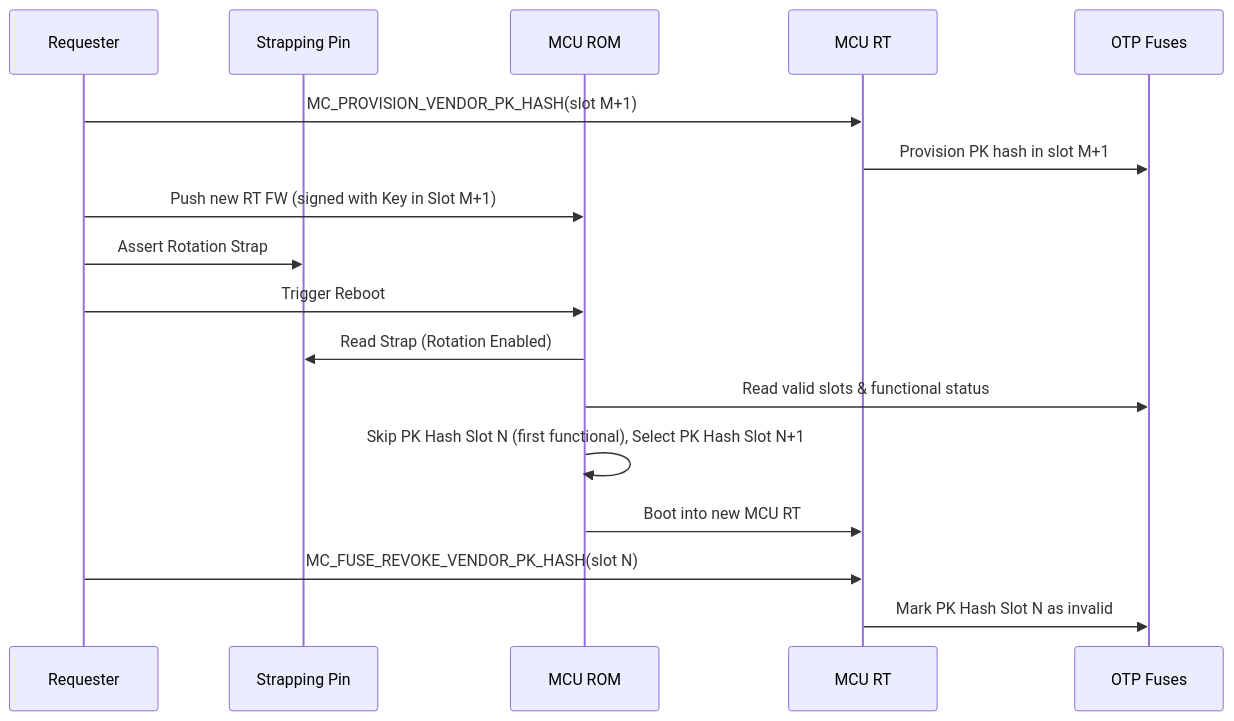
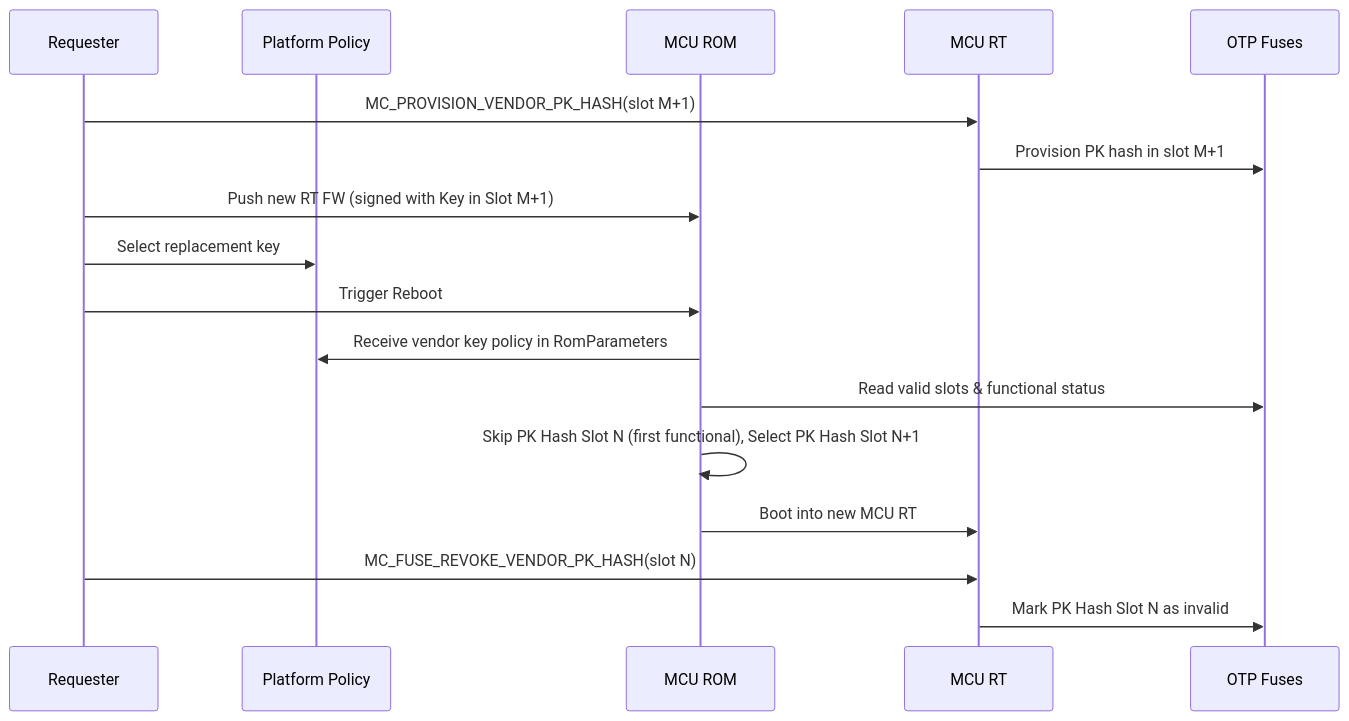
Before and after one commit to chipsalliance/caliptra-mcu-sw: the second of 2 diagrams in docs/src/integrator-guide.md, drawn with Mermaid. The commit also changed other lines of this file and 15 other files, not shown here.

````diff
--- a/docs/src/integrator-guide.md
+++ b/docs/src/integrator-guide.md
@@ -469,20 +467,20 @@
 ```mermaid
 sequenceDiagram
     participant Requester
-    participant Strapping as Strapping Pin
+    participant Platform as Platform Policy
     participant MCU_ROM as MCU ROM
     participant MCU_RT as MCU RT
     participant Fuses as OTP Fuses
 
     Requester->>MCU_RT: MC_PROVISION_VENDOR_PK_HASH(slot M+1)
     MCU_RT->>Fuses: Provision PK hash in slot M+1
     Requester->>MCU_ROM: Push new RT FW (signed with Key in Slot M+1)
-    Requester->>Strapping: Assert Rotation Strap
+    Requester->>Platform: Select replacement key
     Requester->>MCU_ROM: Trigger Reboot
-    MCU_ROM->>Strapping: Read Strap (Rotation Enabled)
+    MCU_ROM->>Platform: Receive vendor key policy in RomParameters
     MCU_ROM->>Fuses: Read valid slots & functional status
     MCU_ROM->>MCU_ROM: Skip PK Hash Slot N (first functional), Select PK Hash Slot N+1
     MCU_ROM->>MCU_RT: Boot into new MCU RT
     Requester->>MCU_RT: MC_FUSE_REVOKE_VENDOR_PK_HASH(slot N)
     MCU_RT->>Fuses: Mark PK Hash Slot N as invalid
 ```
````
